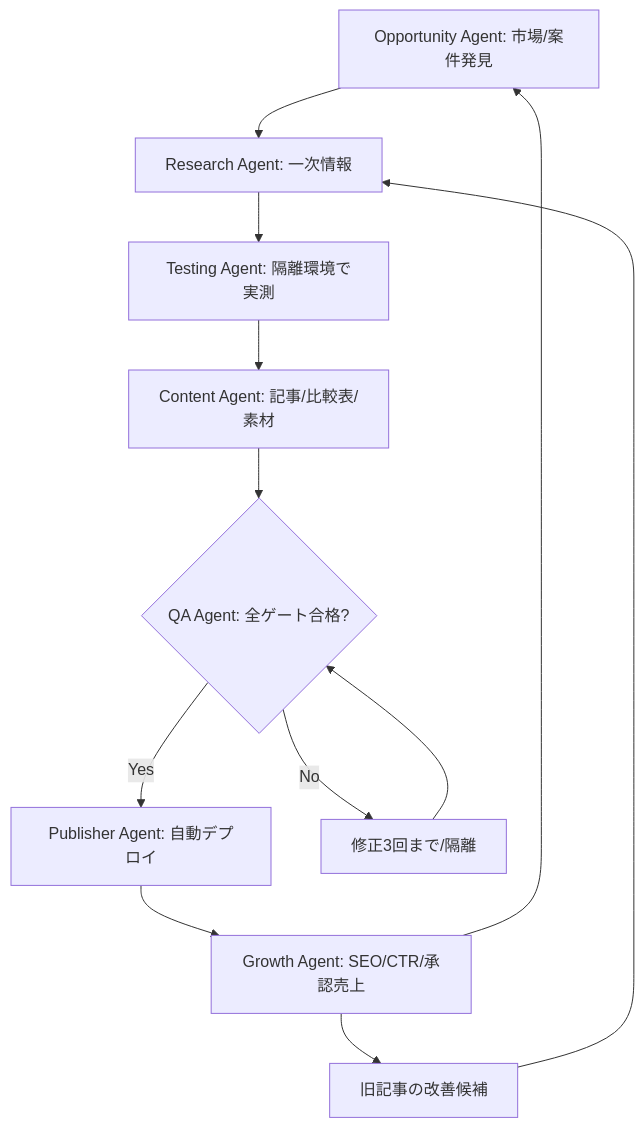
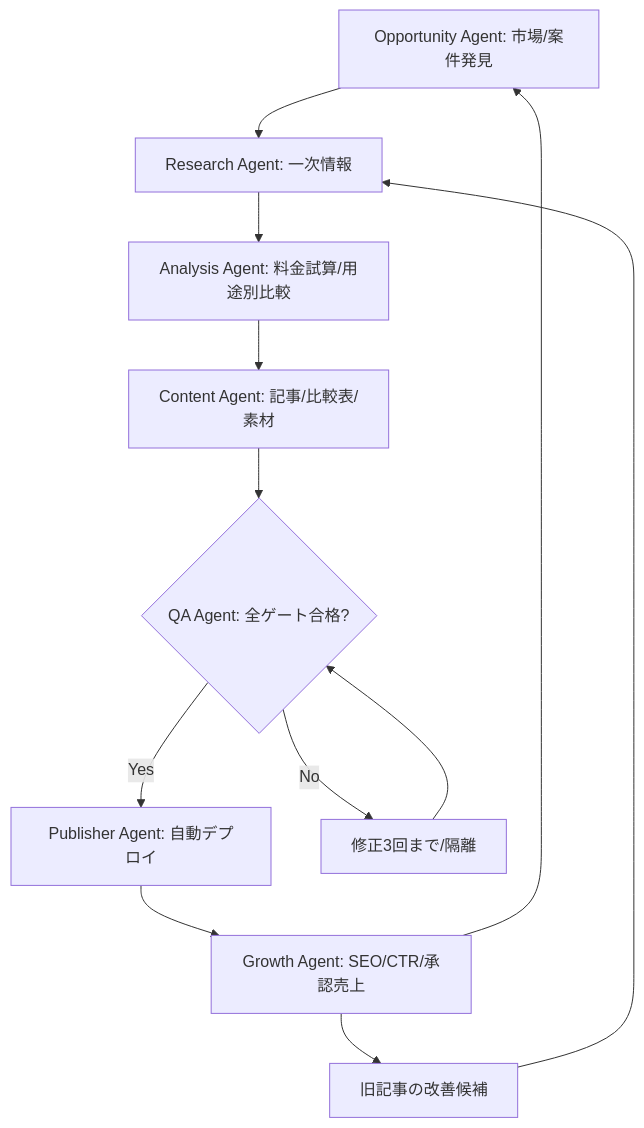
Before and after one commit to yuga-hashimoto/autonomous-affiliate: the diagram in README.md, drawn with Mermaid. The commit also changed other lines of this file and 16 other files, not shown here.

```diff
--- a/README.md
+++ b/README.md
@@ -20,14 +20,14 @@
 ~~~mermaid
 flowchart TD
   A[Opportunity Agent: 市場/案件発見] --> B[Research Agent: 一次情報]
-  B --> C[Testing Agent: 隔離環境で実測]
+  B --> C[Analysis Agent: 料金試算/用途別比較]
   C --> D[Content Agent: 記事/比較表/素材]
   D --> E{QA Agent: 全ゲート合格?}
   E -- Yes --> F[Publisher Agent: 自動デプロイ]
   E -- No --> G[修正3回まで/隔離]
   G --> E
   F --> H[Growth Agent: SEO/CTR/承認売上]
   H --> A
   H --> I[旧記事の改善候補]
   I --> B
 ~~~
```
